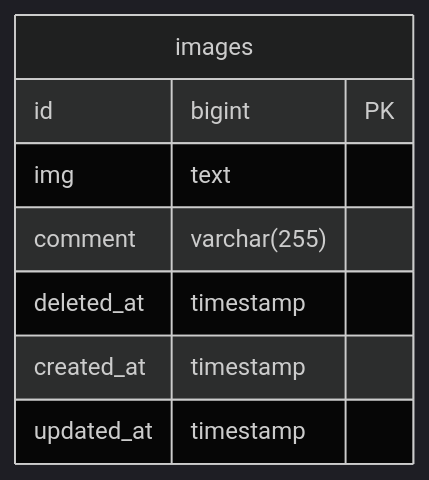
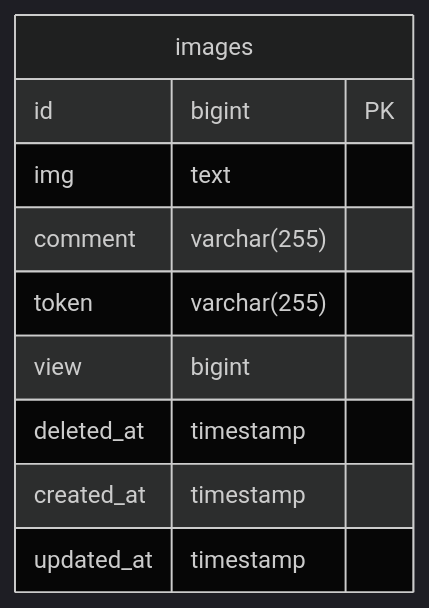
One commit to setodeve/Online-Image-Hosting-Service changed the diagram in README.md. Above: the diagram before and after it, drawn with Mermaid (dark theme). The commit also changed 3 other files, not shown here.

````diff
--- a/README.md
+++ b/README.md
@@ -4,12 +4,14 @@
 ```mermaid
 erDiagram
     images {
         id bigint PK 
         img text
         comment varchar(255) 
+        token varchar(255) 
+        view bigint
         deleted_at timestamp
         created_at timestamp
         updated_at timestamp
     }
 
 ```
````
